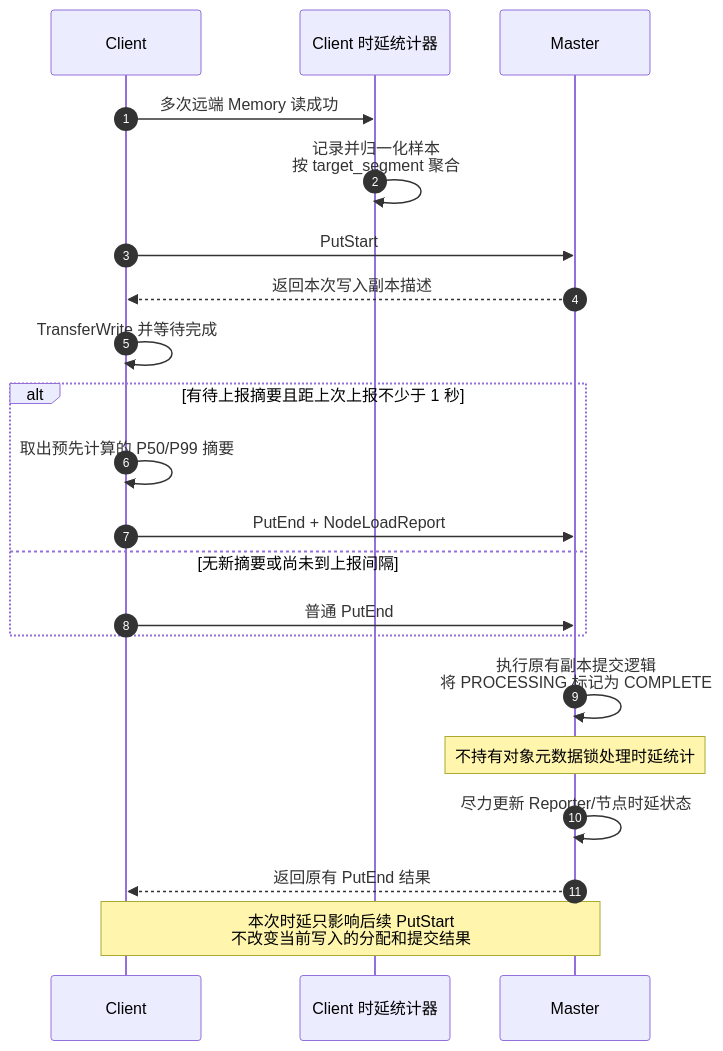
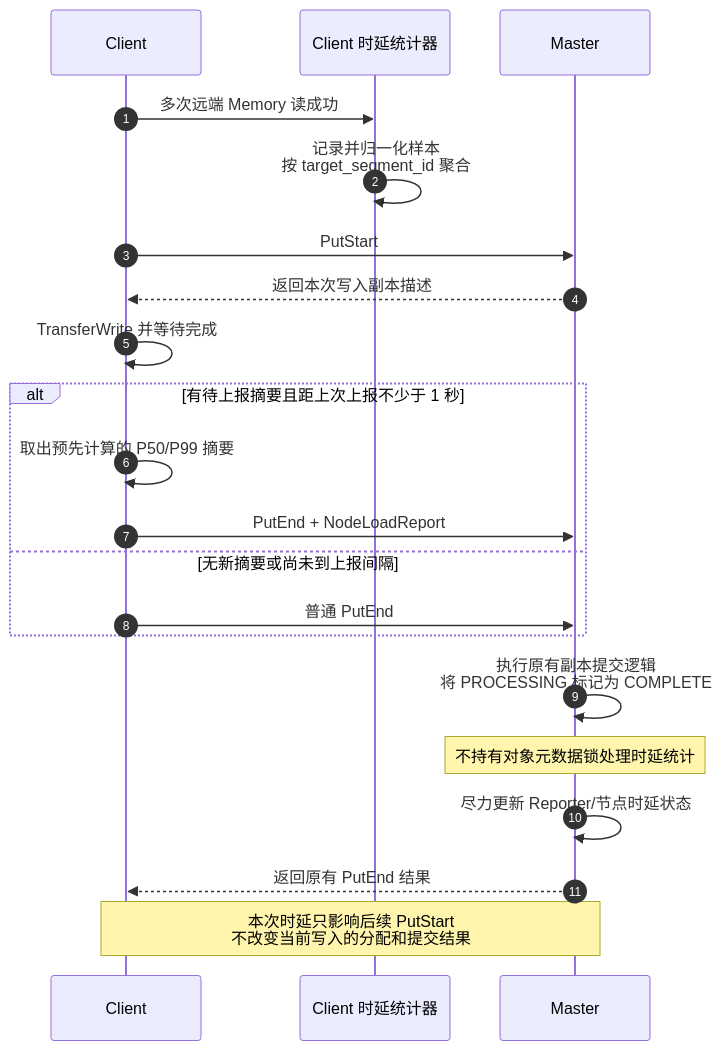
Before and after one commit to ma-xiang/Mooncake: the fourth of 10 diagrams in analyze/mooncake-store-node-level-scheduling.md, drawn with Mermaid. The commit also changed other lines of this file, not shown here.

````diff
--- a/analyze/mooncake-store-node-level-scheduling.md
+++ b/analyze/mooncake-store-node-level-scheduling.md
@@ -255,28 +254,28 @@
 ```mermaid
 sequenceDiagram
     autonumber
     participant C as Client
     participant S as Client 时延统计器
     participant M as Master
 
     C->>S: 多次远端 Memory 读成功
-    S->>S: 记录并归一化样本<br/>按 target_segment 聚合
+    S->>S: 记录并归一化样本<br/>按 target_segment_id 聚合
 
     C->>M: PutStart
     M-->>C: 返回本次写入副本描述
     C->>C: TransferWrite 并等待完成
 
     alt 有待上报摘要且距上次上报不少于 1 秒
         C->>C: 取出预先计算的 P50/P99 摘要
         C->>M: PutEnd + NodeLoadReport
     else 无新摘要或尚未到上报间隔
         C->>M: 普通 PutEnd
     end
 
     M->>M: 执行原有副本提交逻辑<br/>将 PROCESSING 标记为 COMPLETE
     Note over M: 不持有对象元数据锁处理时延统计
     M->>M: 尽力更新 Reporter/节点时延状态
     M-->>C: 返回原有 PutEnd 结果
 
     Note over C,M: 本次时延只影响后续 PutStart<br/>不改变当前写入的分配和提交结果
 ```
````
